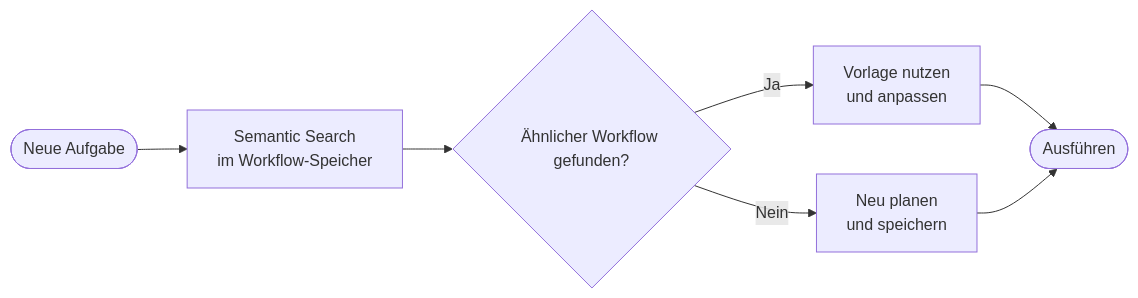
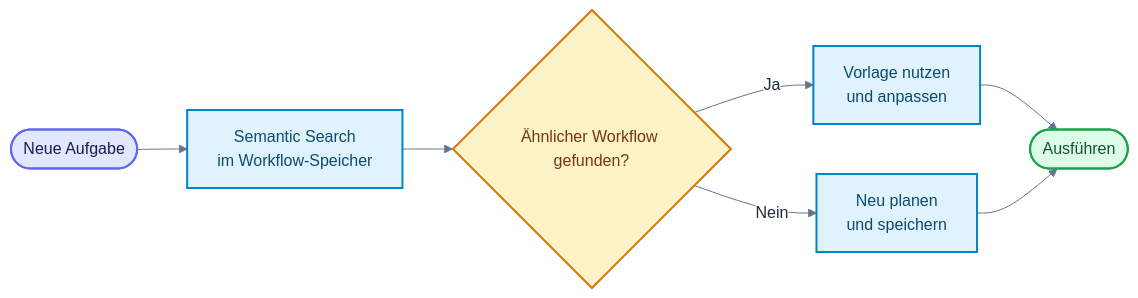
One commit to ralf-42/GenAI changed the third of 3 diagrams in docs/03-grundlagen/memory-systeme.md. Above: the diagram before and after it, drawn with Mermaid. The commit also changed other lines of this file and 25 other files, not shown here.

````diff
--- a/docs/03-grundlagen/memory-systeme.md
+++ b/docs/03-grundlagen/memory-systeme.md
@@ -486,17 +524,41 @@
 ```mermaid
+---
+config:
+  theme: base
+  look: classic
+  themeVariables:
+    primaryColor: '#e0f2fe'
+    primaryBorderColor: '#0284c7'
+    primaryTextColor: '#1e293b'
+    lineColor: '#64748b'
+    clusterBkg: '#f8fafc'
+    clusterBorder: '#cbd5e1'
+    noteBkgColor: '#fef3c7'
+    noteBorderColor: '#d97706'
+    noteTextColor: '#78350f'
+    edgeLabelBackground: '#ffffff'
+---
 
 flowchart LR
 
     ANFRAGE([Neue Aufgabe]) --> SEARCH["Semantic Search<br/>im Workflow-Speicher"]
 
     SEARCH --> MATCH{"Ähnlicher Workflow gefunden?"}
 
     MATCH -->|Ja| REUSE["Vorlage nutzen<br/>und anpassen"]
 
     MATCH -->|Nein| NEW["Neu planen<br/>und speichern"]
 
     REUSE --> DONE([Ausführen])
 
     NEW --> DONE
 
+%% Funktionsfarben nach Mermaid_Best_Practices.md
+classDef default fill:#e0f2fe,stroke:#0284c7,stroke-width:2px,color:#0c4a6e;
+classDef input fill:#e0e7ff,stroke:#6366f1,stroke-width:2px,color:#1e1b4b;
+classDef metric fill:#fef3c7,stroke:#d97706,stroke-width:2px,color:#78350f;
+classDef output fill:#dcfce7,stroke:#16a34a,stroke-width:2px,color:#14532d;
+class ANFRAGE input;
+class MATCH metric;
+class DONE output;
 ```
````
